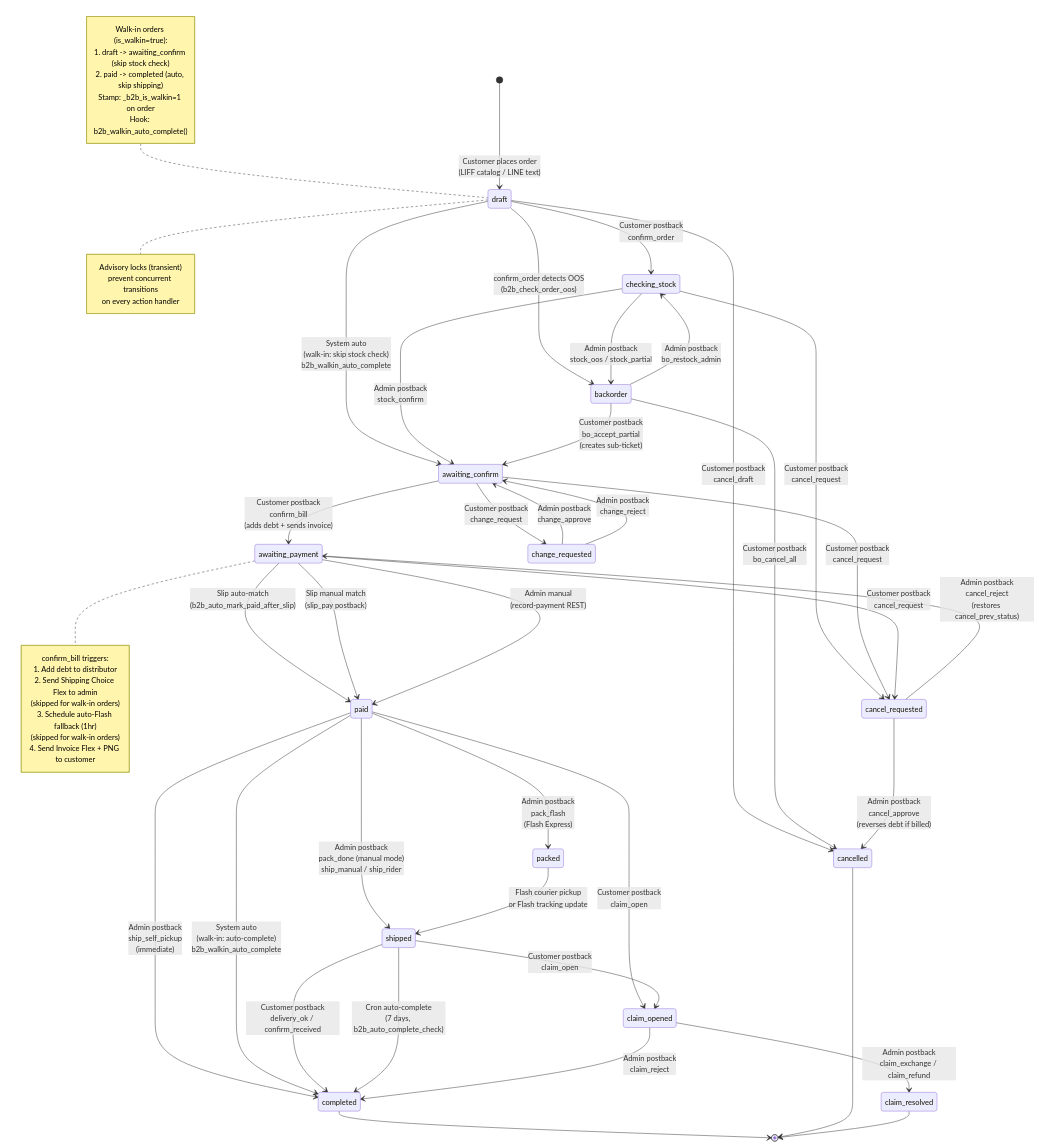
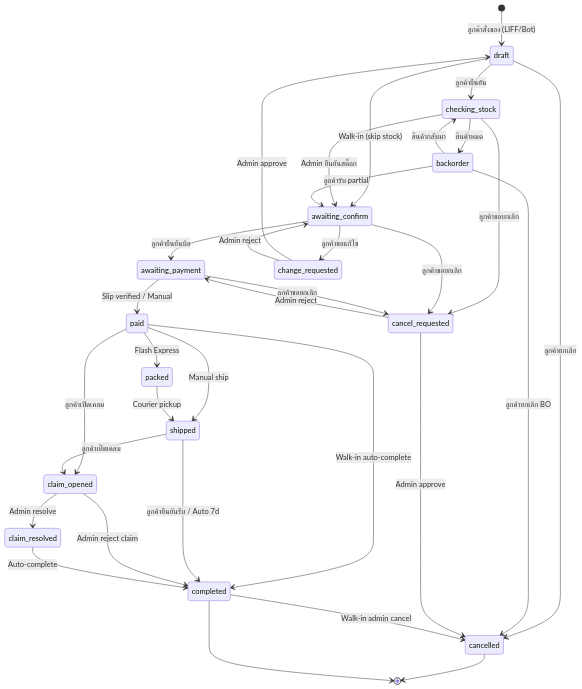
The second of 10 diagrams in SYSTEM-DIAGRAMS.md (Vrprammz/DINOCO-SYSTEM-Front-End---Back-End), drawn with Mermaid before and after one commit. The commit also changed other lines of this file and 4 other files, not shown here.

````diff
--- a/SYSTEM-DIAGRAMS.md
+++ b/SYSTEM-DIAGRAMS.md
@@ -125,75 +84,49 @@
 ```mermaid
 stateDiagram-v2
-    [*] --> draft : Customer places order<br/>(LIFF catalog / LINE text)
+    [*] --> draft : ลูกค้าสั่งของ (LIFF/Bot)
 
-    draft --> checking_stock : Customer postback<br/>confirm_order
-    draft --> awaiting_confirm : System auto<br/>(walk-in: skip stock check)<br/>b2b_walkin_auto_complete
-    draft --> backorder : confirm_order detects OOS<br/>(b2b_check_order_oos)
-    draft --> cancelled : Customer postback<br/>cancel_draft
+    draft --> checking_stock : ลูกค้ายืนยัน
+    draft --> awaiting_confirm : Walk-in (skip stock)
+    draft --> cancelled : ลูกค้ายกเลิก
 
-    checking_stock --> awaiting_confirm : Admin postback<br/>stock_confirm
-    checking_stock --> backorder : Admin postback<br/>stock_oos / stock_partial
-    checking_stock --> cancel_requested : Customer postback<br/>cancel_request
+    checking_stock --> awaiting_confirm : Admin ยืนยันสต็อก
+    checking_stock --> backorder : สินค้าหมด
+    checking_stock --> cancel_requested : ลูกค้าขอยกเลิก
 
-    backorder --> checking_stock : Admin postback<br/>bo_restock_admin
-    backorder --> awaiting_confirm : Customer postback<br/>bo_accept_partial<br/>(creates sub-ticket)
-    backorder --> cancelled : Customer postback<br/>bo_cancel_all
+    backorder --> checking_stock : สินค้ากลับมา
+    backorder --> awaiting_confirm : ลูกค้ารับ partial
+    backorder --> cancelled : ลูกค้ายกเลิก BO
 
-    awaiting_confirm --> awaiting_payment : Customer postback<br/>confirm_bill<br/>(adds debt + sends invoice)
-    awaiting_confirm --> cancel_requested : Customer postback<br/>cancel_request
-    awaiting_confirm --> change_requested : Customer postback<br/>change_request
+    awaiting_confirm --> awaiting_payment : ลูกค้ายืนยันบิล
+    awaiting_confirm --> cancel_requested : ลูกค้าขอยกเลิก
+    awaiting_confirm --> change_requested : ลูกค้าขอแก้ไข
 
-    awaiting_payment --> paid : Slip auto-match<br/>(b2b_auto_mark_paid_after_slip)
-    awaiting_payment --> paid : Slip manual match<br/>(slip_pay postback)
-    awaiting_payment --> paid : Admin manual<br/>(record-payment REST)
-    awaiting_payment --> cancel_requested : Customer postback<br/>cancel_request
+    awaiting_payment --> paid : Slip verified / Manual
+    awaiting_payment --> cancel_requested : ลูกค้าขอยกเลิก
 
-    paid --> shipped : Admin postback<br/>pack_done (manual mode)<br/>ship_manual / ship_rider
-    paid --> packed : Admin postback<br/>pack_flash<br/>(Flash Express)
-    paid --> completed : Admin postback<br/>ship_self_pickup<br/>(immediate)
-    paid --> completed : System auto<br/>(walk-in: auto-complete)<br/>b2b_walkin_auto_complete
-    paid --> claim_opened : Customer postback<br/>claim_open
+    paid --> packed : Flash Express
+    paid --> shipped : Manual ship
+    paid --> completed : Walk-in auto-complete
+    paid --> claim_opened : ลูกค้าเปิดเคลม
 
-    packed --> shipped : Flash courier pickup<br/>or Flash tracking update
+    packed --> shipped : Courier pickup
 
-    shipped --> completed : Customer postback<br/>delivery_ok / confirm_received
-    shipped --> completed : Cron auto-complete<br/>(7 days, b2b_auto_complete_check)
-    shipped --> claim_opened : Customer postback<br/>claim_open
+    shipped --> completed : ลูกค้ายืนยันรับ / Auto 7d
+    shipped --> claim_opened : ลูกค้าเปิดเคลม
 
-    cancel_requested --> cancelled : Admin postback<br/>cancel_approve<br/>(reverses debt if billed)
-    cancel_requested --> awaiting_payment : Admin postback<br/>cancel_reject<br/>(restores cancel_prev_status)
+    cancel_requested --> cancelled : Admin approve
+    cancel_requested --> awaiting_payment : Admin reject
 
-    change_requested --> awaiting_confirm : Admin postback<br/>change_approve
-    change_requested --> awaiting_confirm : Admin postback<br/>change_reject
+    change_requested --> draft : Admin approve
+    change_requested --> awaiting_confirm : Admin reject
 
-    claim_opened --> claim_resolved : Admin postback<br/>claim_exchange / claim_refund
-    claim_opened --> completed : Admin postback<br/>claim_reject
+    claim_opened --> claim_resolved : Admin resolve
+    claim_opened --> completed : Admin reject claim
 
+    claim_resolved --> completed : Auto-complete
+
+    completed --> cancelled : Walk-in admin cancel
+
+    cancelled --> [*]
     completed --> [*]
-    cancelled --> [*]
-    claim_resolved --> [*]
-
-    note right of draft
-        Advisory locks (transient)
-        prevent concurrent transitions
-        on every action handler
-    end note
-
-    note right of awaiting_payment
-        confirm_bill triggers:
-        1. Add debt to distributor
-        2. Send Shipping Choice Flex to admin
-           (skipped for walk-in orders)
-        3. Schedule auto-Flash fallback (1hr)
-           (skipped for walk-in orders)
-        4. Send Invoice Flex + PNG to customer
-    end note
-
-    note left of draft
-        Walk-in orders (is_walkin=true):
-        1. draft -> awaiting_confirm (skip stock check)
-        2. paid -> completed (auto, skip shipping)
-        Stamp: _b2b_is_walkin=1 on order
-        Hook: b2b_walkin_auto_complete()
-    end note
 ```
````
